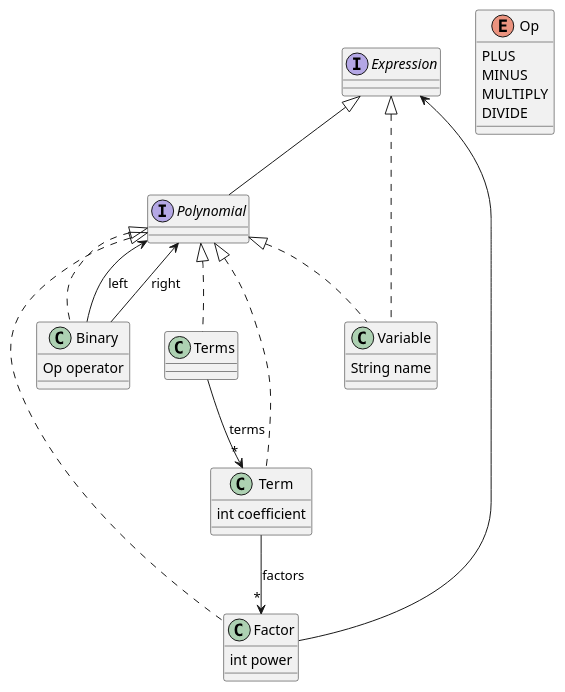
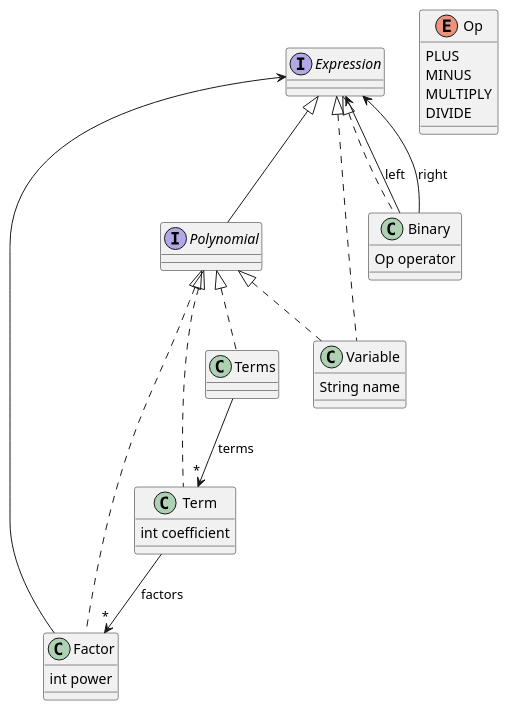
The diagram in doc/classes2.plantuml (saka1029/form), drawn with PlantUML before and after one commit.

```diff
--- a/doc/classes2.plantuml
+++ b/doc/classes2.plantuml
@@ -1,35 +1,35 @@
 @startuml
 interface Expression
 interface Polynomial
 Polynomial -up-|> Expression
 class Terms
 Terms .up.|> Polynomial
 class Term {
     int coefficient
 }
 Term .up.|> Polynomial
 Terms --> "*" Term : terms
 class Factor {
     int power
 }
 Factor .up.|> Polynomial
 Factor -up-> Expression
 Term --> "*" Factor : factors
 class Variable {
     String name
 }
 Variable .up.|> Expression
 Variable .up.|> Polynomial
 enum Op {
     PLUS
     MINUS
     MULTIPLY
     DIVIDE
 }
 class Binary {
     Op operator
 }
-Binary .up.|> Polynomial
-Binary --> Polynomial : left
-Binary --> Polynomial : right
+Binary .up.|> Expression
+Binary --> Expression : left
+Binary --> Expression : right
 @enduml
```
